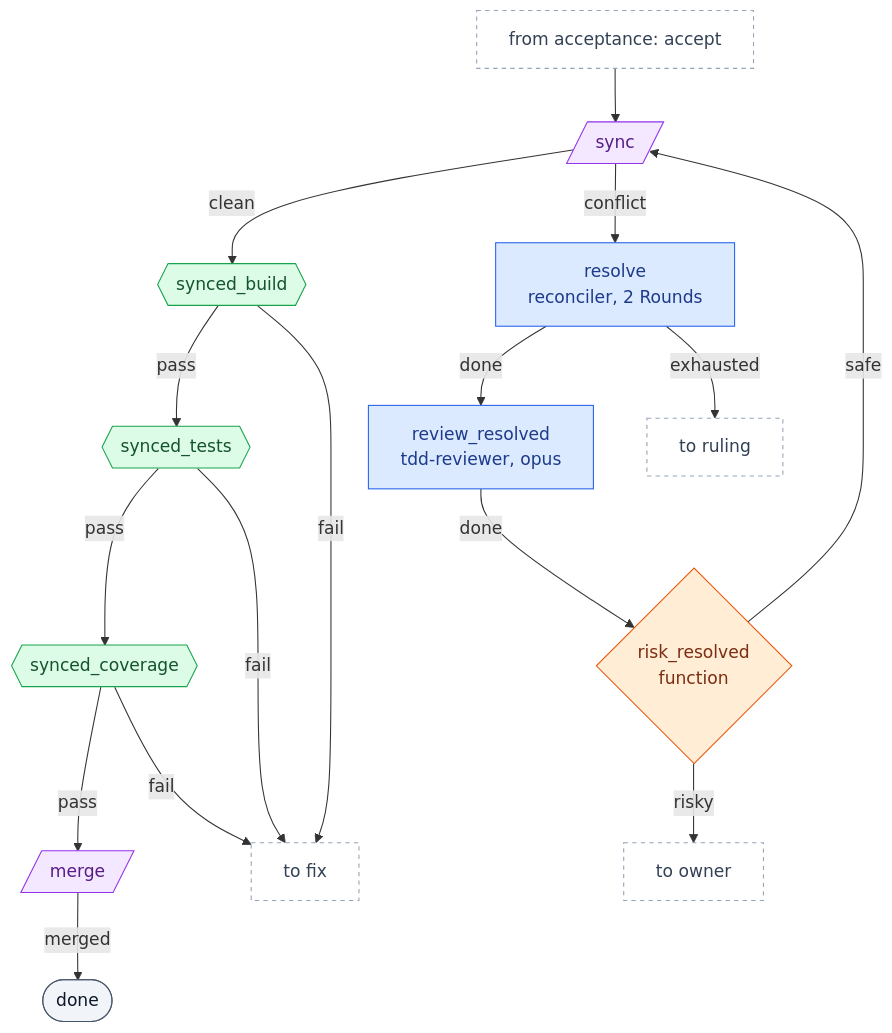
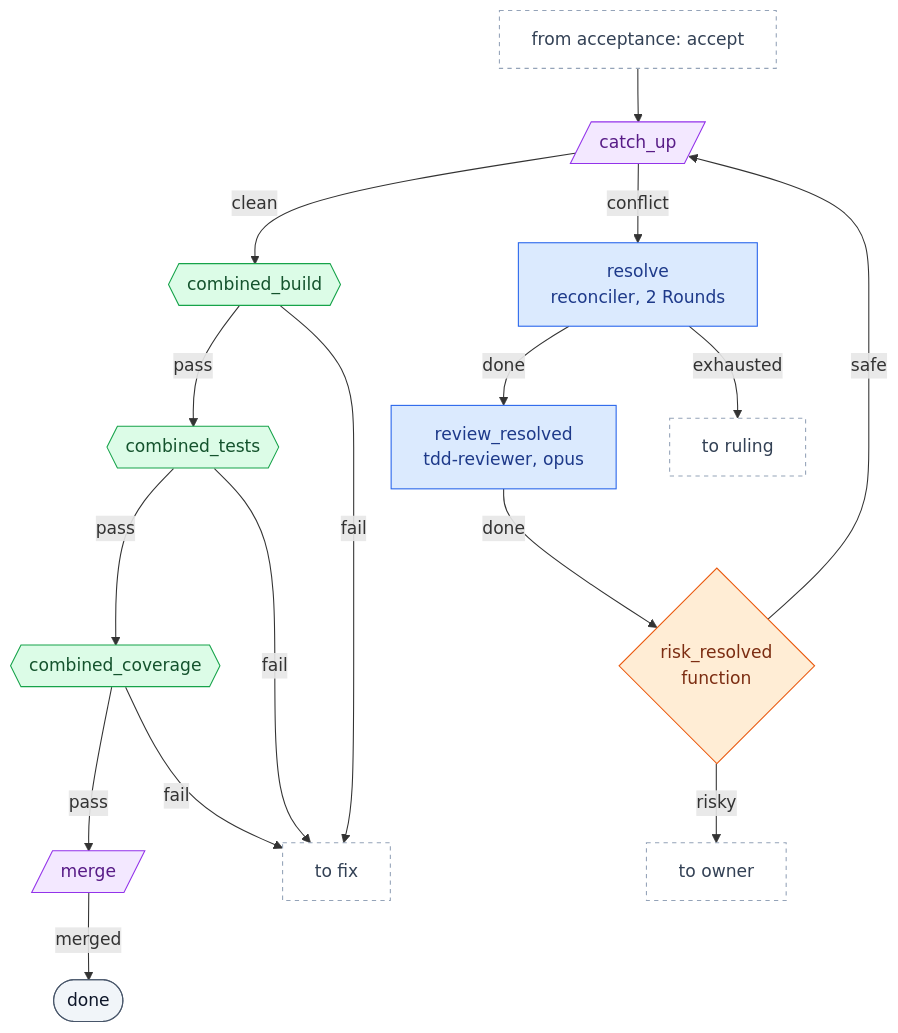
The eighth of 10 diagrams in docs/guide/04-pipelines.md (Zepp333333/factory), drawn with Mermaid before and after one commit. The commit also changed other lines of this file and 54 other files, not shown here.

First line of the commit message:
Rename Operation sync to catch_up, the Gates after it to combined and Role ci_fixer to ci-fixer, and make factory check name the new names (#318)

````diff
--- a/docs/guide/04-pipelines.md
+++ b/docs/guide/04-pipelines.md
@@ -465,24 +477,24 @@
 ```mermaid
 flowchart TB
-    from["from acceptance: accept"]:::next --> sync[/"sync"/]:::operation
-    sync -- clean --> sb{{"synced_build"}}:::gate
-    sb -- pass --> st{{"synced_tests"}}:::gate
-    st -- pass --> sc{{"synced_coverage"}}:::gate
+    from["from acceptance: accept"]:::next --> catch_up[/"catch_up"/]:::operation
+    catch_up -- clean --> sb{{"combined_build"}}:::gate
+    sb -- pass --> st{{"combined_tests"}}:::gate
+    st -- pass --> sc{{"combined_coverage"}}:::gate
     sc -- pass --> merge[/"merge"/]:::operation
     merge -- merged --> done(["done"]):::terminal
     sb -- fail --> fix["to fix"]:::next
     st -- fail --> fix
     sc -- fail --> fix
-    sync -- conflict --> resolve["resolve<br/>reconciler, 2 Rounds"]:::stage
+    catch_up -- conflict --> resolve["resolve<br/>reconciler, 2 Rounds"]:::stage
     resolve -- done --> rr["review_resolved<br/>tdd-reviewer, opus"]:::stage
     rr -- done --> riskr{"risk_resolved<br/>function"}:::decision
-    riskr -- safe --> sync
+    riskr -- safe --> catch_up
     riskr -- risky --> owner["to owner"]:::next
     resolve -- exhausted --> ruling["to ruling"]:::next
     classDef stage fill:#dbeafe,stroke:#2563eb,color:#1e3a8a
     classDef gate fill:#dcfce7,stroke:#16a34a,color:#14532d
     classDef decision fill:#ffedd5,stroke:#ea580c,color:#7c2d12
     classDef operation fill:#f3e8ff,stroke:#9333ea,color:#581c87
     classDef terminal fill:#f1f5f9,stroke:#475569,color:#0f172a
     classDef next fill:#ffffff,stroke:#94a3b8,stroke-dasharray:4 4,color:#334155
 ```
````
